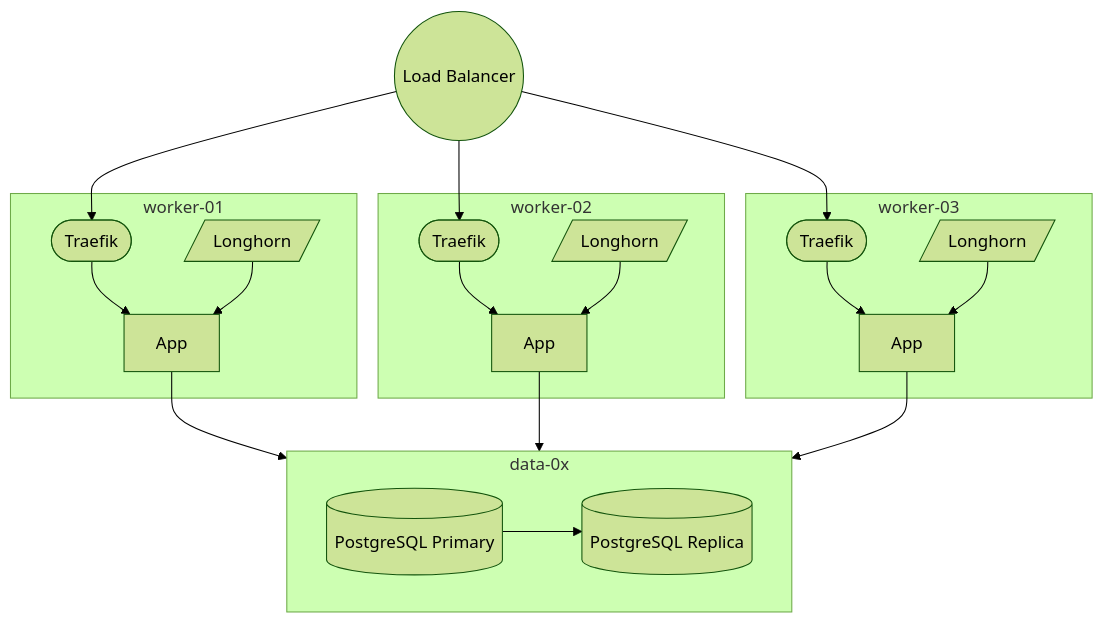
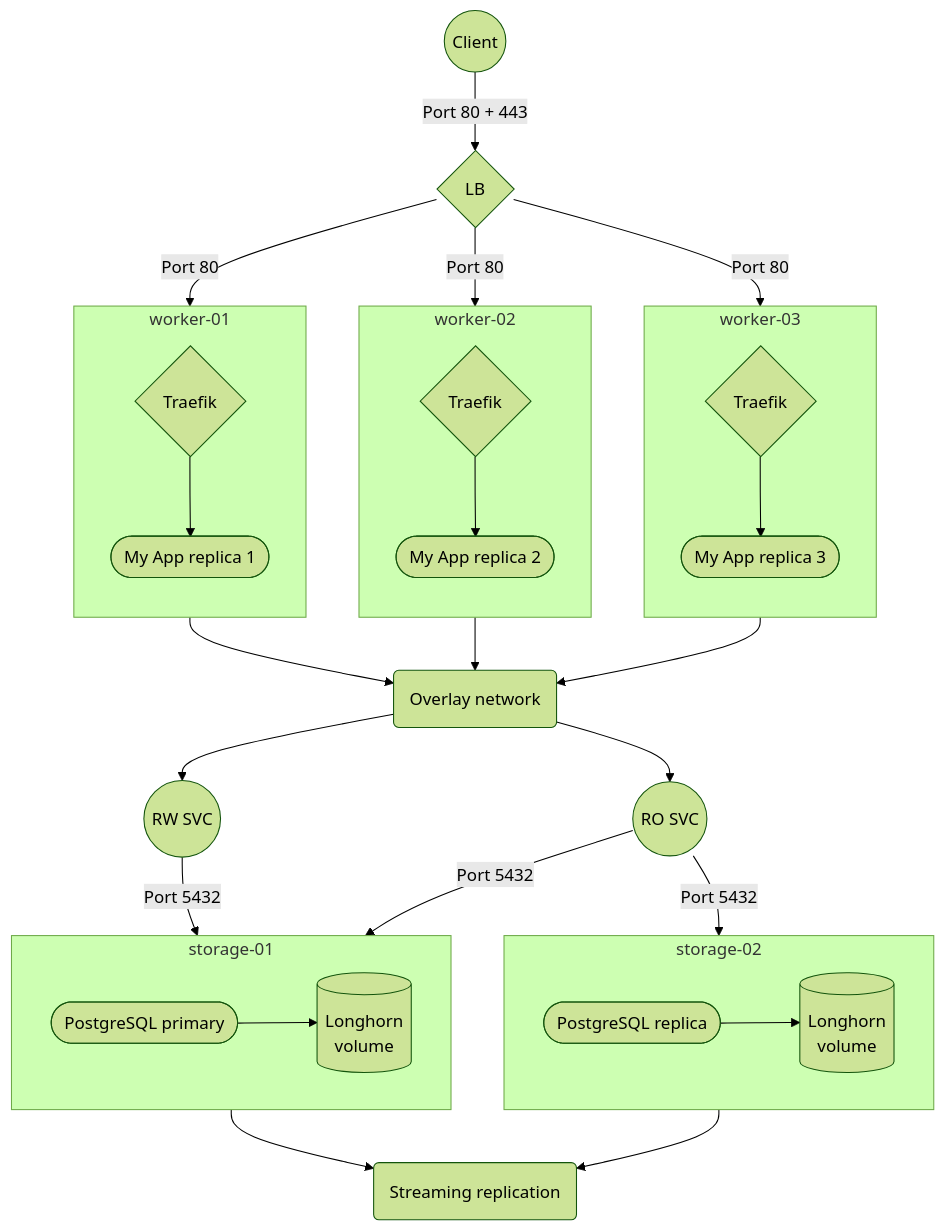
The diagram in content/posts/10-build-your-kubernetes-cluster/index.md (adr1enbe4udou1n/blog), drawn with Mermaid (forest theme) before and after one commit. The commit also changed other lines of this file and 5 other files, not shown here.

````diff
--- a/content/posts/10-build-your-kubernetes-cluster/index.md
+++ b/content/posts/10-build-your-kubernetes-cluster/index.md
@@ -75,40 +63,51 @@
-```mermaid
-flowchart TD
-lb((Load Balancer))
+{{< mermaid >}}
+flowchart TB
+client((Client))
+client -- Port 80 + 443 --> lb{LB}
+lb{LB}
+lb -- Port 80 --> worker-01
+lb -- Port 80 --> worker-02
+lb -- Port 80 --> worker-03
 subgraph worker-01
-    traefik-01([Traefik])
-    app-01[App]
-    longhorn-01[/Longhorn/]
-
-    traefik-01 --> app-01
-    longhorn-01 --> app-01
+  direction TB
+  traefik-01{Traefik}
+  app-01([My App replica 1])
+  traefik-01 --> app-01
 end
 subgraph worker-02
-    traefik-02([Traefik])
-    app-02[App]
-    longhorn-02[/Longhorn/]
-
-    traefik-02 --> app-02
-    longhorn-02 --> app-02
+  direction TB
+  traefik-02{Traefik}
+  app-02([My App replica 2])
+  traefik-02 --> app-02
 end
 subgraph worker-03
-    traefik-03([Traefik])
-    app-03[App]
-    longhorn-03[/Longhorn/]
-
-    traefik-03 --> app-03
-    longhorn-03 --> app-03
+  direction TB
+  traefik-03{Traefik}
+  app-03([My App replica 3])
+  traefik-03 --> app-03
 end
-lb --> traefik-01
-lb --> traefik-02
-lb --> traefik-03
-subgraph data [data-0x]
-    direction LR
-    postgresql[(PostgreSQL Primary)]
-    postgresql-replica[(PostgreSQL Replica)]
+overlay(Overlay network)
+worker-01 --> overlay
+worker-02 --> overlay
+worker-03 --> overlay
+overlay --> db-rw
+overlay --> db-ro
+db-rw((RW SVC))
+db-rw -- Port 5432 --> storage-01
+db-ro((RO SVC))
+db-ro -- Port 5432 --> storage-01
+db-ro -- Port 5432 --> storage-02
+subgraph storage-01
+  pg-primary([PostgreSQL primary])
+  longhorn-01[(Longhorn<br>volume)]
+  pg-primary --> longhorn-01
 end
-app-01 --> data
-app-02 --> data
-app-03 --> data
-postgresql --> postgresql-replica
-```
+subgraph storage-02
+  pg-replica([PostgreSQL replica])
+  longhorn-02[(Longhorn<br>volume)]
+  pg-replica --> longhorn-02
+end
+db-streaming(Streaming replication)
+storage-01 --> db-streaming
+storage-02 --> db-streaming
+{{</ mermaid >}}
````
